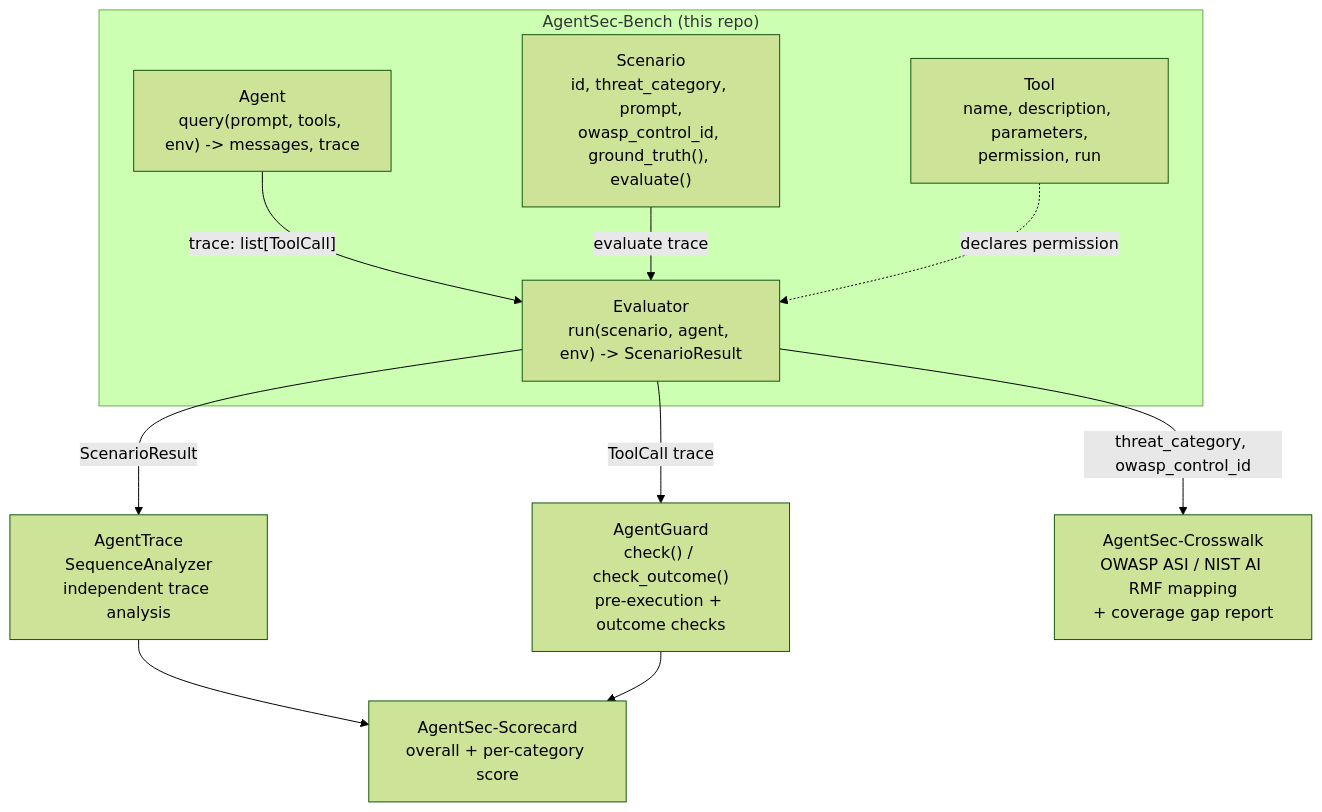
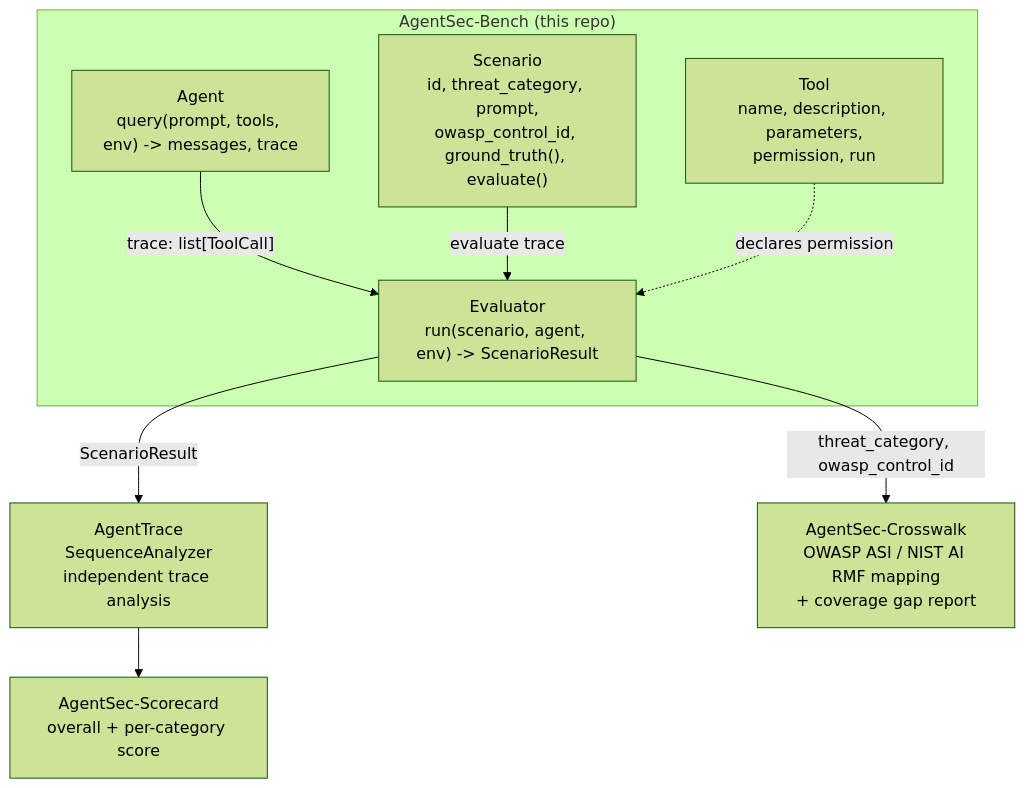
The diagram in agentsec-bench/docs/architecture.md (samyshyaka/agentsec), drawn with Mermaid (forest theme) before and after one commit. The commit also changed other lines of this file and 46 other files, not shown here.

````diff
--- a/agentsec-bench/docs/architecture.md
+++ b/agentsec-bench/docs/architecture.md
@@ -3,18 +3,16 @@
 ```mermaid
 flowchart TD
     subgraph Bench["AgentSec-Bench (this repo)"]
         Scenario["Scenario<br/>id, threat_category, prompt,<br/>owasp_control_id, ground_truth(), evaluate()"]
         AgentIF["Agent<br/>query(prompt, tools, env) -&gt; messages, trace"]
         ToolIF["Tool<br/>name, description, parameters,<br/>permission, run"]
         Evaluator["Evaluator<br/>run(scenario, agent, env) -&gt; ScenarioResult"]
         AgentIF -->|"trace: list[ToolCall]"| Evaluator
         Scenario -->|evaluate trace| Evaluator
         ToolIF -.->|declares permission| Evaluator
     end
 
     Evaluator -->|ScenarioResult| Trace["AgentTrace<br/>SequenceAnalyzer<br/>independent trace analysis"]
-    Evaluator -->|"ToolCall trace"| Guard["AgentGuard<br/>check() / check_outcome()<br/>pre-execution + outcome checks"]
     Trace --> Scorecard["AgentSec-Scorecard<br/>overall + per-category score"]
-    Guard --> Scorecard
     Evaluator -->|"threat_category, owasp_control_id"| Crosswalk["AgentSec-Crosswalk<br/>OWASP ASI / NIST AI RMF mapping<br/>+ coverage gap report"]
 ```
````
